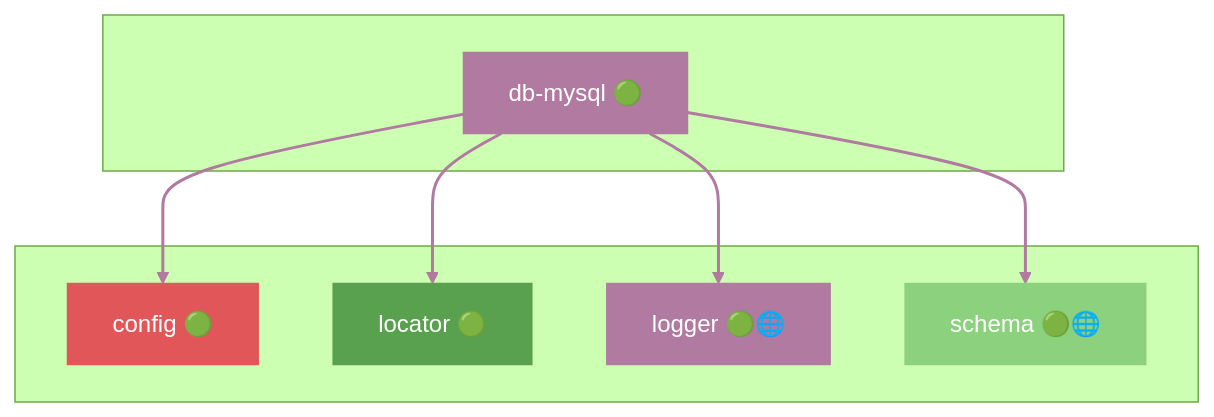
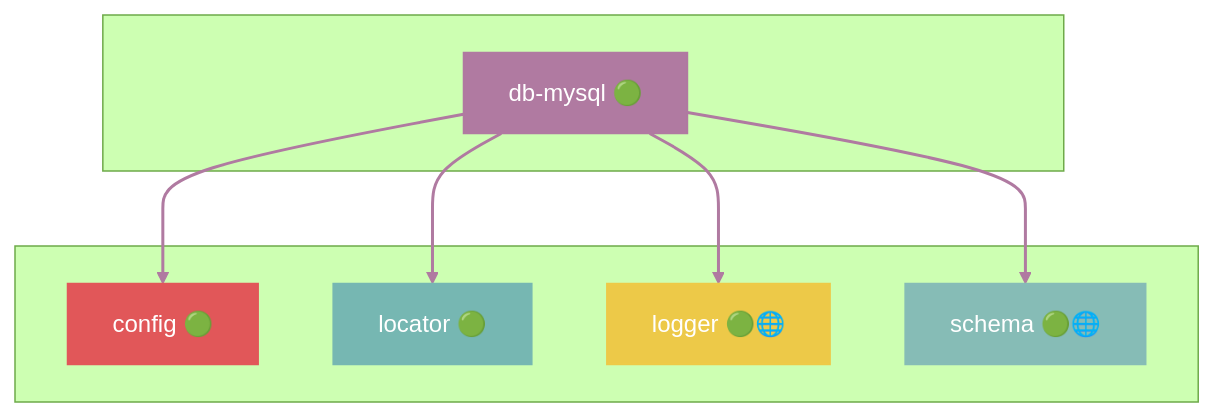
One commit to grest-ts/grest-ts changed the eighth of 40 diagrams in docs/DEPENDENCIES.md. Above: the diagram before and after it, drawn with Mermaid (forest theme). The commit also changed other lines of this file and 34 other files, not shown here.

````diff
--- a/docs/DEPENDENCIES.md
+++ b/docs/DEPENDENCIES.md
@@ -581,25 +579,25 @@
 ```mermaid
 flowchart TB
     subgraph Package[" "]
         db-mysql["db-mysql 🟢"]
     end
     subgraph Dependencies[" "]
         config["config 🟢"]
         locator["locator 🟢"]
         logger["logger 🟢🌐"]
         schema["schema 🟢🌐"]
     end
     db-mysql --> config
     db-mysql --> locator
     db-mysql --> logger
     db-mysql --> schema
     style db-mysql fill:#B07AA1,stroke:#B07AA1,color:#fff
     style config fill:#E15759,stroke:#E15759,color:#fff
-    style locator fill:#59A14F,stroke:#59A14F,color:#fff
-    style logger fill:#B07AA1,stroke:#B07AA1,color:#fff
-    style schema fill:#8CD17D,stroke:#8CD17D,color:#fff
+    style locator fill:#76B7B2,stroke:#76B7B2,color:#fff
+    style logger fill:#EDC948,stroke:#EDC948,color:#fff
+    style schema fill:#86BCB6,stroke:#86BCB6,color:#fff
     linkStyle 0 stroke:#B07AA1,stroke-width:2px
     linkStyle 1 stroke:#B07AA1,stroke-width:2px
     linkStyle 2 stroke:#B07AA1,stroke-width:2px
     linkStyle 3 stroke:#B07AA1,stroke-width:2px
 ```
````
